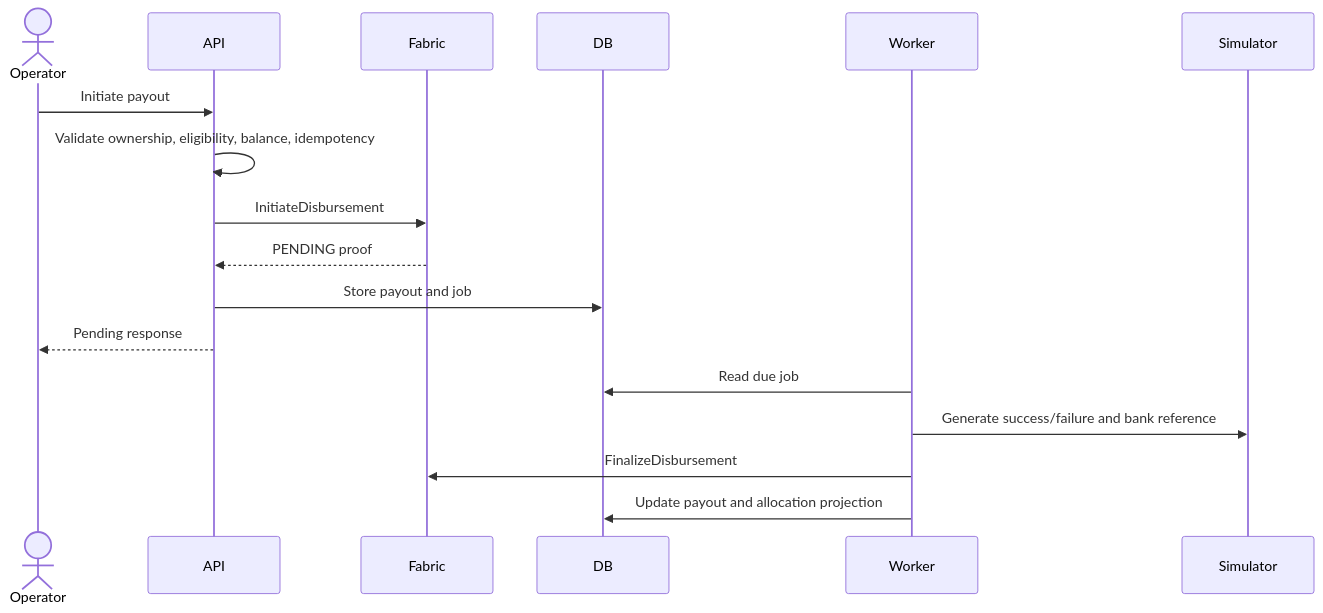
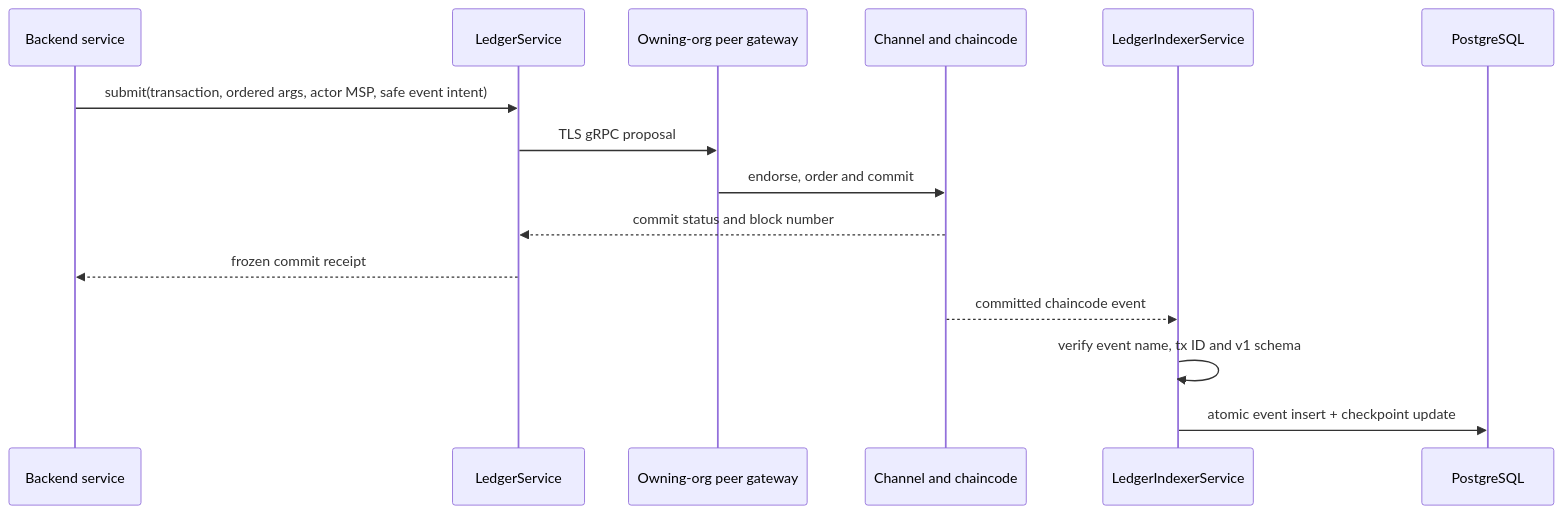
Before and after one commit to kensh1ken/ReliefChain: the third of 3 diagrams in ARCHITECTURE.md, drawn with Mermaid. The commit also changed other lines of this file and 31 other files, not shown here.

````diff
--- a/ARCHITECTURE.md
+++ b/ARCHITECTURE.md
@@ -255,19 +149,17 @@
 ```mermaid
 sequenceDiagram
-    actor Operator
-    participant API
-    participant Fabric
-    participant DB
-    participant Worker
-    participant Simulator
-    Operator->>API: Initiate payout
-    API->>API: Validate ownership, eligibility, balance, idempotency
-    API->>Fabric: InitiateDisbursement
-    Fabric-->>API: PENDING proof
-    API->>DB: Store payout and job
-    API-->>Operator: Pending response
-    Worker->>DB: Read due job
-    Worker->>Simulator: Generate success/failure and bank reference
-    Worker->>Fabric: FinalizeDisbursement
-    Worker->>DB: Update payout and allocation projection
+    participant Service as Backend service
+    participant Adapter as LedgerService
+    participant Peer as Owning-org peer gateway
+    participant Fabric as Channel and chaincode
+    participant Indexer as LedgerIndexerService
+    participant DB as PostgreSQL
+    Service->>Adapter: submit(transaction, ordered args, actor MSP, safe event intent)
+    Adapter->>Peer: TLS gRPC proposal
+    Peer->>Fabric: endorse, order and commit
+    Fabric-->>Adapter: commit status and block number
+    Adapter-->>Service: frozen commit receipt
+    Fabric-->>Indexer: committed chaincode event
+    Indexer->>Indexer: verify event name, tx ID and v1 schema
+    Indexer->>DB: atomic event insert + checkpoint update
 ```
````
